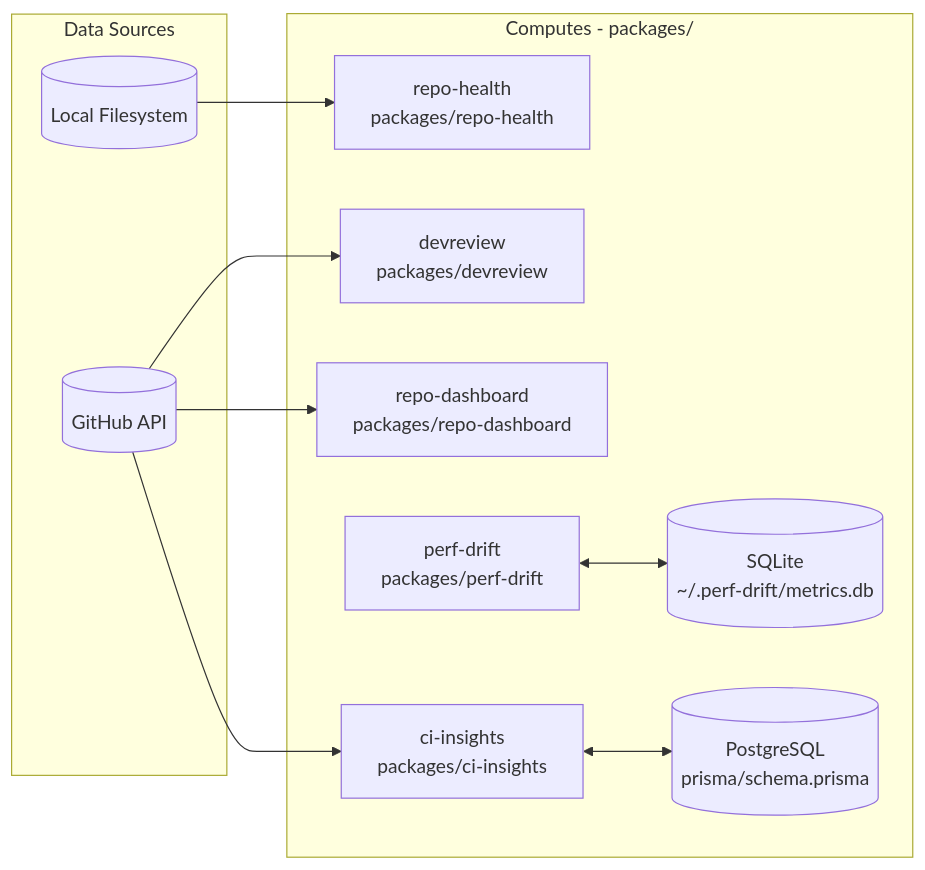
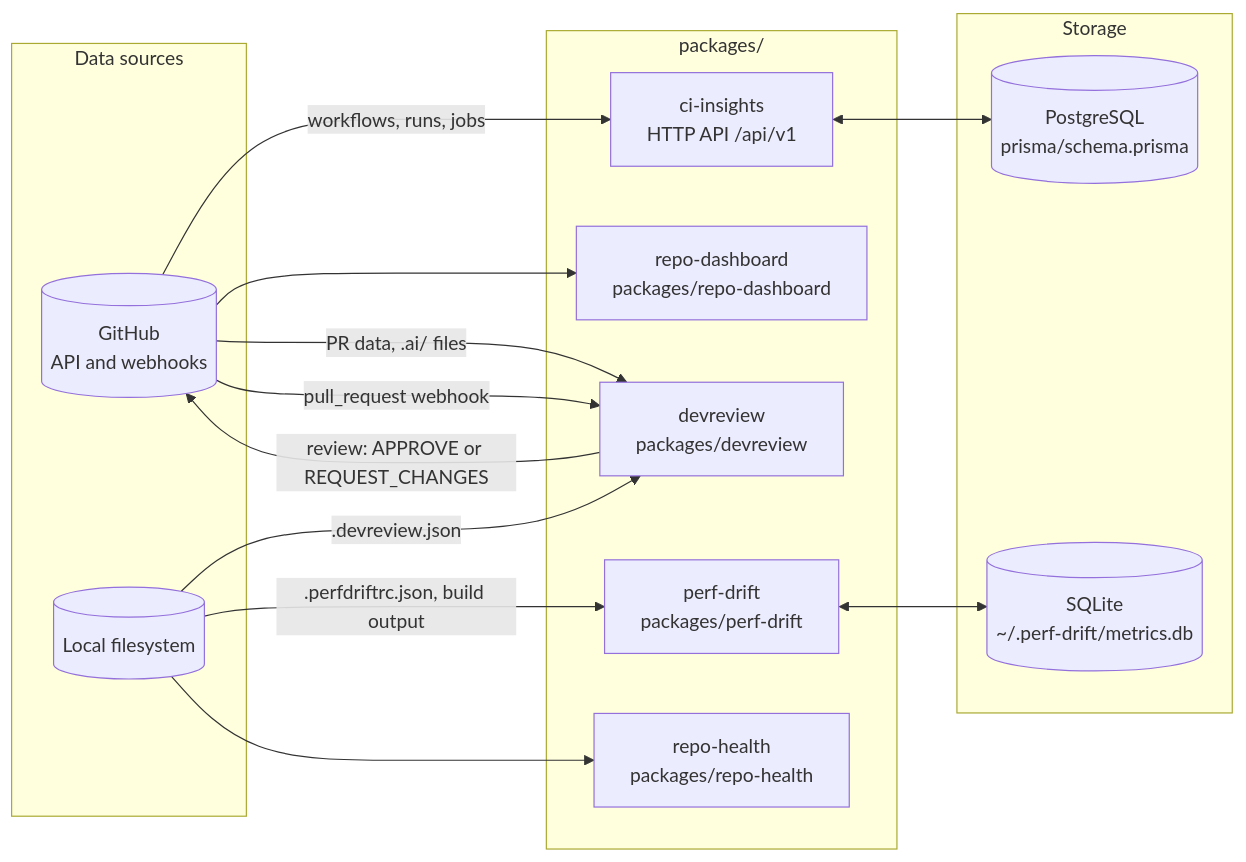
One commit to LanNguyenSi/repo-intelligence changed the diagram in docs/architecture.md. Above: the diagram before and after it, drawn with Mermaid. The commit also changed other lines of this file and 12 other files, not shown here.

First line of the commit message:
docs: correct package docs and diagrams against the code (#62)

````diff
--- a/docs/architecture.md
+++ b/docs/architecture.md
@@ -7,24 +11,31 @@
 ```mermaid
 flowchart LR
-  subgraph src ["Data Sources"]
-    GH[("GitHub API")]
-    FS[("Local Filesystem")]
+  subgraph src ["Data sources"]
+    GH[("GitHub<br/>API and webhooks")]
+    FS[("Local filesystem")]
   end
 
-  subgraph computes ["Computes - packages/"]
+  subgraph pkgs ["packages/"]
+    CIS["ci-insights<br/>HTTP API /api/v1"]
+    RD["repo-dashboard<br/>packages/repo-dashboard"]
+    DR["devreview<br/>packages/devreview"]
+    PD["perf-drift<br/>packages/perf-drift"]
     RH["repo-health<br/>packages/repo-health"]
-    DR["devreview<br/>packages/devreview"]
-    RD["repo-dashboard<br/>packages/repo-dashboard"]
-    PD["perf-drift<br/>packages/perf-drift"]
-    SQLITE[("SQLite<br/>~/.perf-drift/metrics.db")]
-    CIS["ci-insights<br/>packages/ci-insights"]
-    CIDB[("PostgreSQL<br/>prisma/schema.prisma")]
   end
 
-  GH --> DR
+  subgraph store ["Storage"]
+    CIDB[("PostgreSQL<br/>prisma/schema.prisma")]
+    SQLITE[("SQLite<br/>~/.perf-drift/metrics.db")]
+  end
+
+  GH -->|"workflows, runs, jobs"| CIS
   GH --> RD
-  GH --> CIS
+  GH -->|"PR data, .ai/ files"| DR
+  GH -->|"pull_request webhook"| DR
+  DR -->|"review: APPROVE or REQUEST_CHANGES"| GH
+  FS -->|".devreview.json"| DR
+  FS -->|".perfdriftrc.json, build output"| PD
   FS --> RH
+  CIS <--> CIDB
   PD <--> SQLITE
-  CIS <--> CIDB
 ```
````
